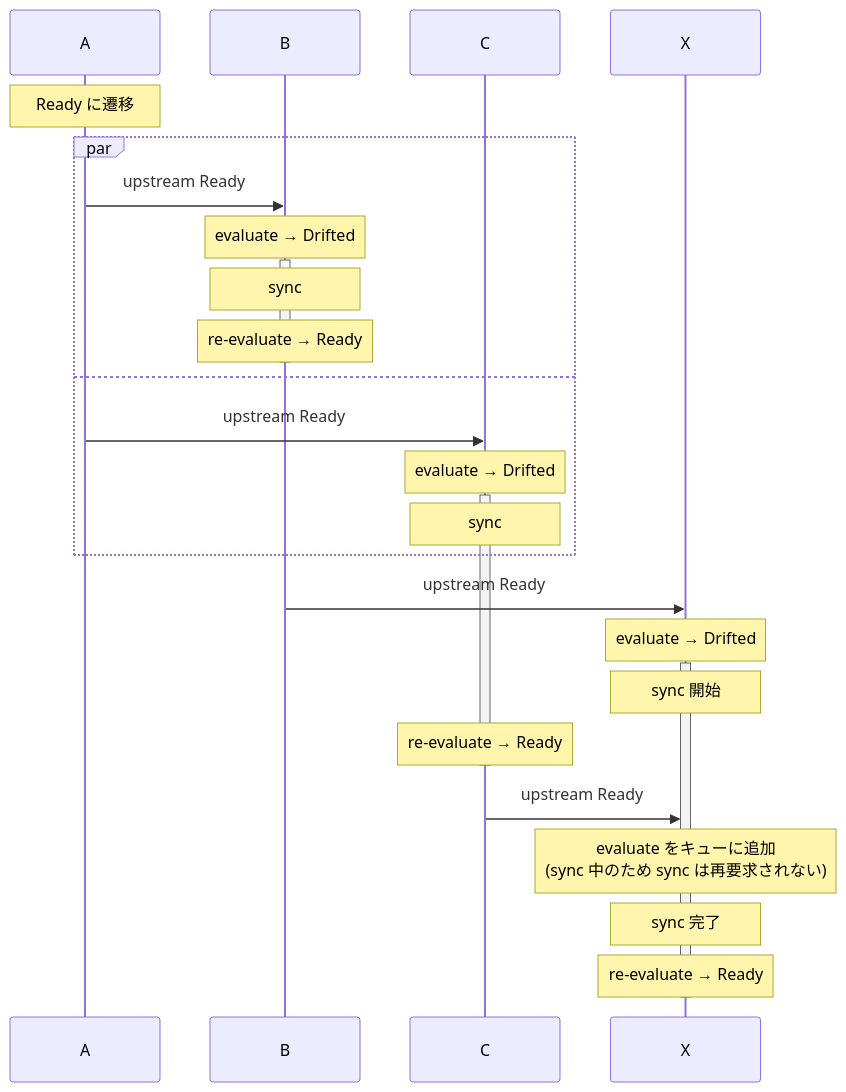
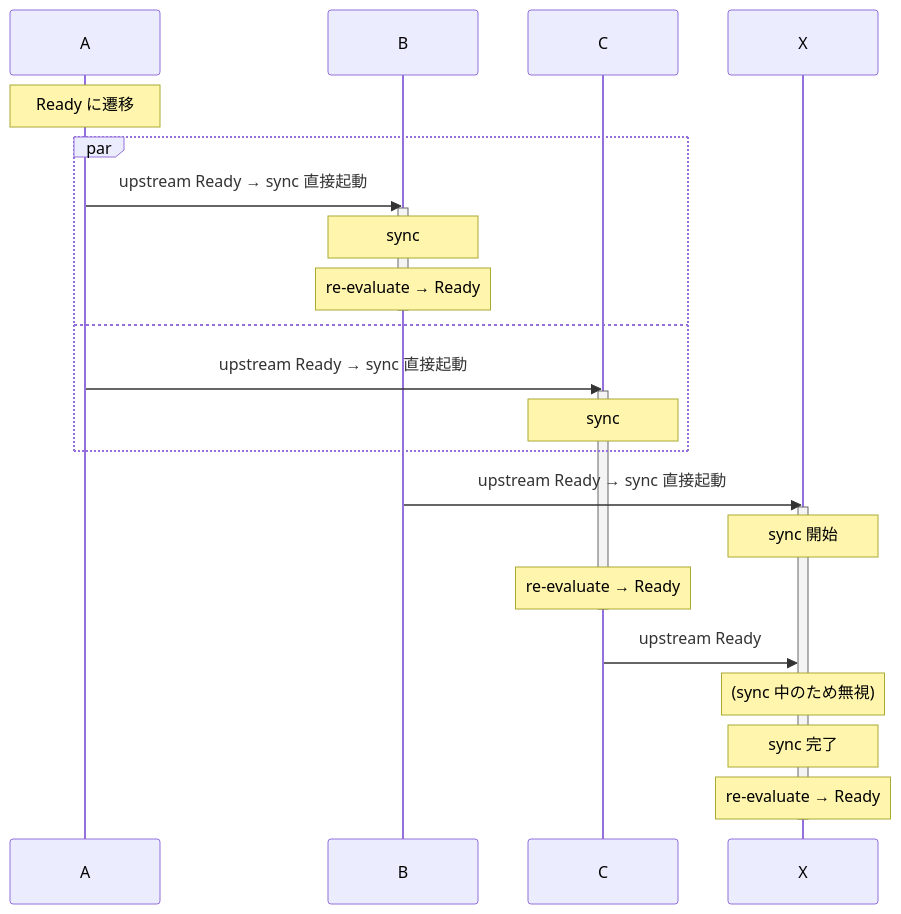
Before and after one commit to nagi-project/nagi: the ninth of 13 diagrams in docs/architecture/serve-scenarios.md, drawn with Mermaid. The commit also changed other lines of this file and 19 other files, not shown here.

First line of the commit message:
feat: add evaluate/sync concurrency limits per Controller

````diff
--- a/docs/architecture/serve-scenarios.md
+++ b/docs/architecture/serve-scenarios.md
@@ -168,37 +171,34 @@
 ```mermaid
 sequenceDiagram
     participant A
     participant B
     participant C
     participant X
 
     Note over A: Ready に遷移
 
     par
-        A->>B: upstream Ready
-        Note over B: evaluate → Drifted
+        A->>B: upstream Ready → sync 直接起動
         activate B
         Note over B: sync
         Note over B: re-evaluate → Ready
         deactivate B
     and
-        A->>C: upstream Ready
-        Note over C: evaluate → Drifted
+        A->>C: upstream Ready → sync 直接起動
         activate C
         Note over C: sync
     end
 
-    B->>X: upstream Ready
-    Note over X: evaluate → Drifted
+    B->>X: upstream Ready → sync 直接起動
     activate X
     Note over X: sync 開始
 
     Note over C: re-evaluate → Ready
     deactivate C
     C->>X: upstream Ready
-    Note over X: evaluate をキューに追加<br>(sync 中のため sync は再要求されない)
+    Note over X: (sync 中のため無視)
 
     Note over X: sync 完了
     Note over X: re-evaluate → Ready
     deactivate X
 ```
````
